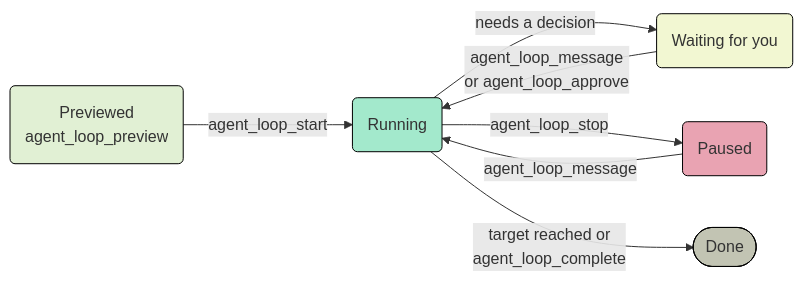
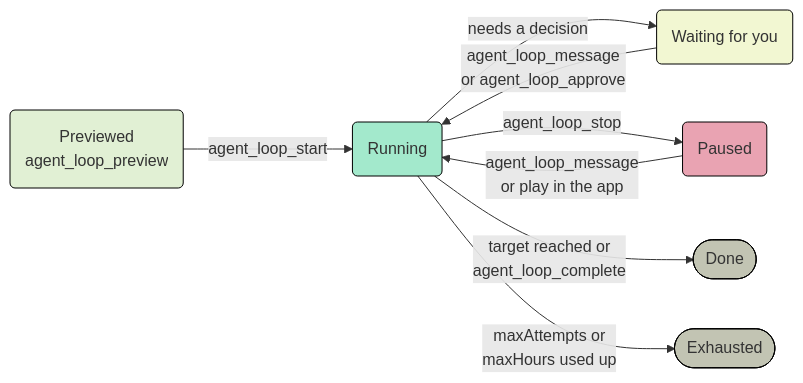
Before and after one commit to Composabl/amesa-agents: the second of 2 diagrams in README.md, drawn with Mermaid. The commit also changed other lines of this file and 1 other file, not shown here.

````diff
--- a/README.md
+++ b/README.md
@@ -570,21 +572,24 @@
 ```mermaid
 flowchart LR
 		P("Previewed<br/>agent_loop_preview")
 		R("Running")
 		W("Waiting for you")
 		PA("Paused")
 		OUT(["Done"])
+		EX(["Exhausted"])
 
 		P -- "agent_loop_start" --> R
 		R -- "needs a decision" --> W
 		W -- "agent_loop_message<br/>or agent_loop_approve" --> R
 		R -- "agent_loop_stop" --> PA
-		PA -- "agent_loop_message" --> R
+		PA -- "agent_loop_message<br/>or play in the app" --> R
 		R -- "target reached or<br/>agent_loop_complete" --> OUT
+		R -- "maxAttempts or<br/>maxHours used up" --> EX
 
 		style P stroke:#000000,fill:#E1F0D4
 		style R stroke:#000000,fill:#A3E9CC
 		style W stroke:#000000,fill:#F2F7D2
 		style PA stroke:#000000,fill:#E9A3B2
 		style OUT stroke:#000000,fill:#C2C4B3
+		style EX stroke:#000000,fill:#C2C4B3
 ```
````
